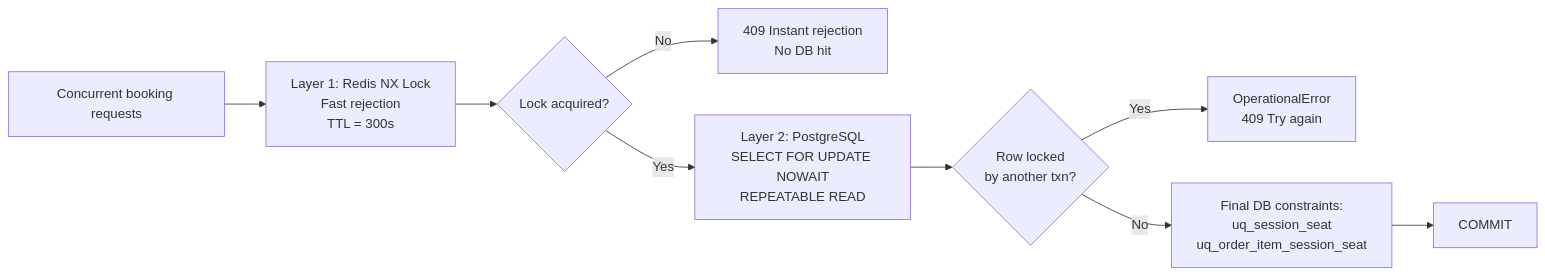
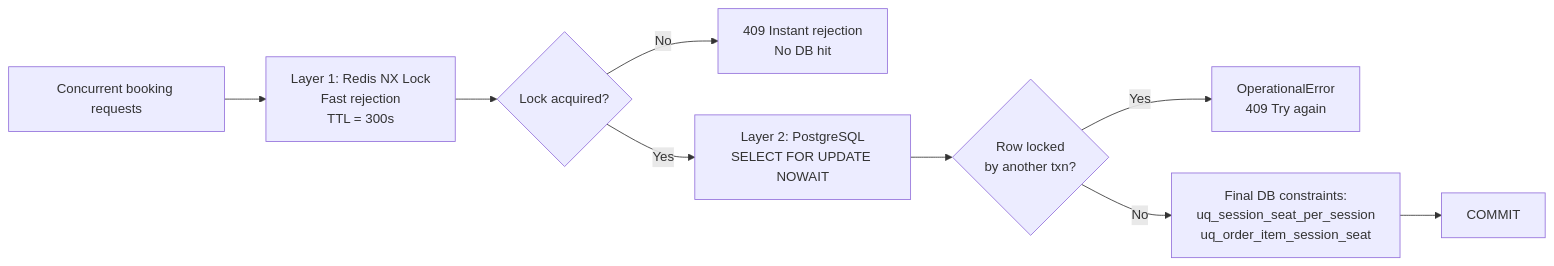
Before and after one commit to Shailendra0801/FlashSeat: the first of 4 diagrams in README.md, drawn with Mermaid. The commit also changed other lines of this file, not shown here.

````diff
--- a/README.md
+++ b/README.md
@@ -212,11 +219,11 @@
 ```mermaid
 flowchart LR
     A[Concurrent booking requests] --> B[Layer 1: Redis NX Lock\nFast rejection\nTTL = 300s]
     B --> C{Lock acquired?}
     C -- No --> D[409 Instant rejection\nNo DB hit]
-    C -- Yes --> E[Layer 2: PostgreSQL\nSELECT FOR UPDATE NOWAIT\nREPEATABLE READ]
+    C -- Yes --> E[Layer 2: PostgreSQL\nSELECT FOR UPDATE NOWAIT]
     E --> F{Row locked\nby another txn?}
     F -- Yes --> G[OperationalError\n409 Try again]
-    F -- No --> H[Final DB constraints:\nuq_session_seat\nuq_order_item_session_seat]
+    F -- No --> H[Final DB constraints:\nuq_session_seat_per_session\nuq_order_item_session_seat]
     H --> I[COMMIT]
 ```
````
